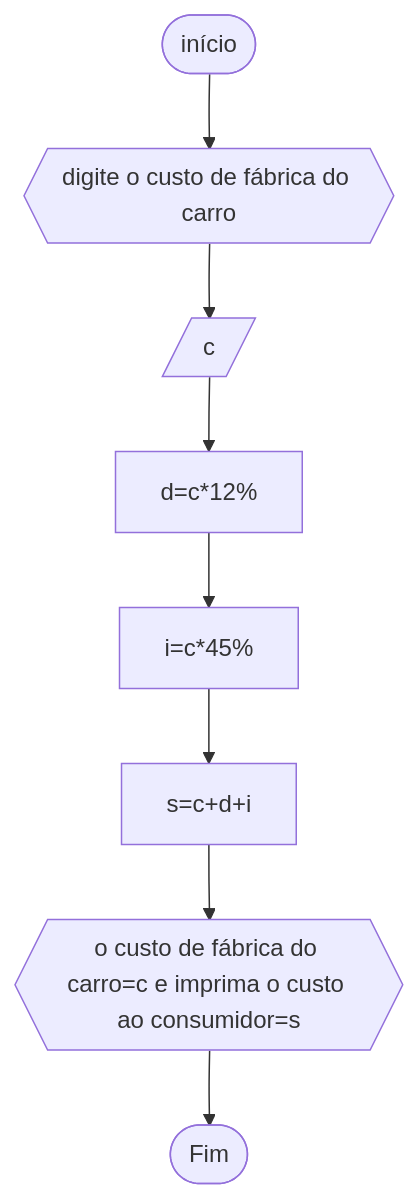
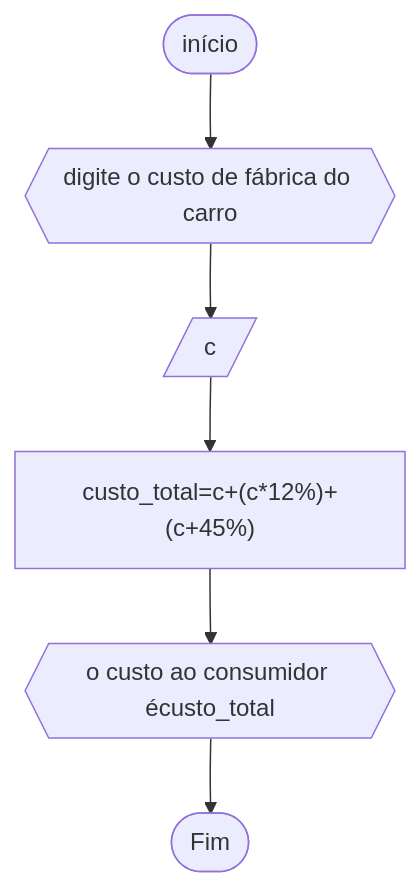
Before and after one commit to yeesusu/UNIFOR: the diagram in RLA/RLA2/lista_exercício2.4.md, drawn with Mermaid. The commit also changed other lines of this file, not shown here.

````diff
--- a/RLA/RLA2/lista_exercício2.4.md
+++ b/RLA/RLA2/lista_exercício2.4.md
@@ -5,10 +5,8 @@
 ```mermaid
 flowchart TD
 A([início])-->B{{"digite o custo de fábrica do carro"}}
 B-->C[/c/]
-C-->D[d=c*12%]
-D-->E[i=c*45%]
-E-->F[s=c+d+i]
-F-->G{{"o custo de fábrica do carro=c e imprima o custo ao consumidor=s"}}
+C-->D["custo_total=c+(c*12%)+(c+45%)"]
+D-->G{{"o custo ao consumidor é"custo_total}}
 G-->Z([Fim])
 ```
````
